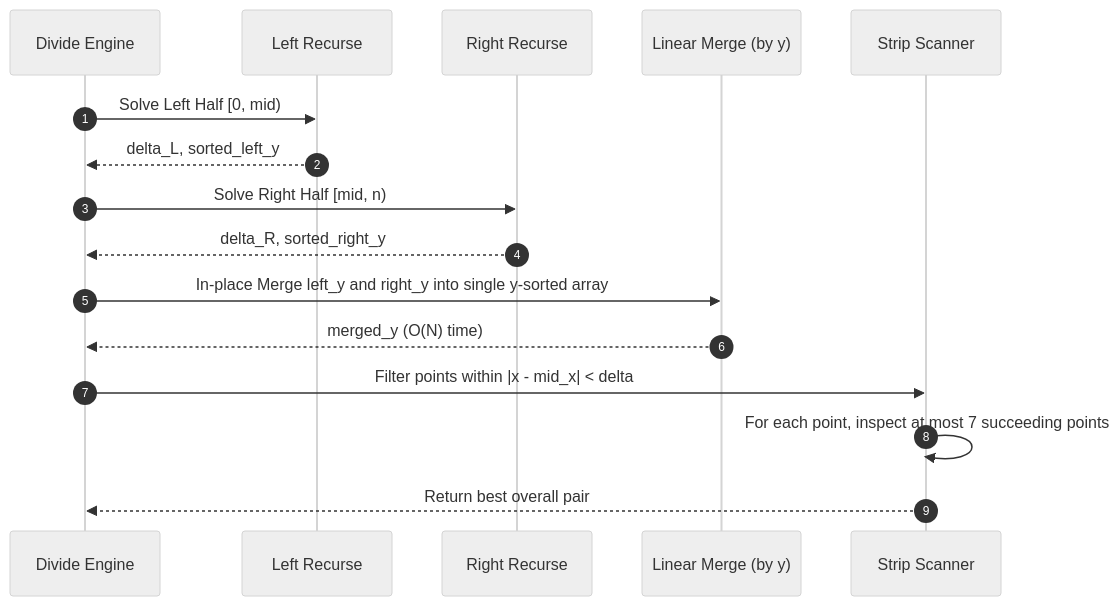
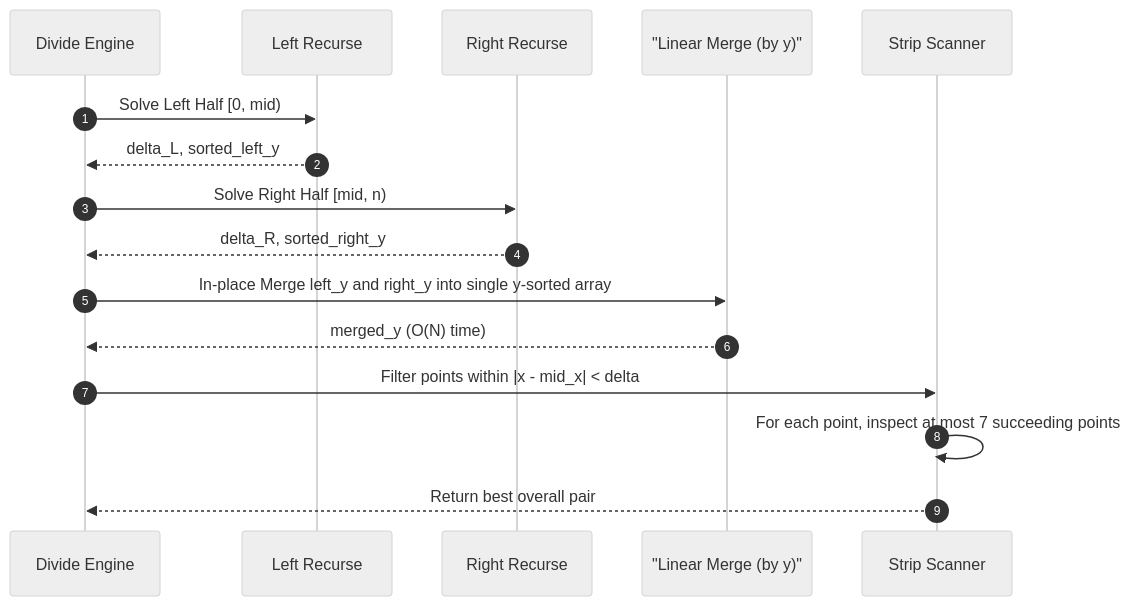
The third of 3 diagrams in docs/13-geometric-and-spatial-algorithms/closest-pair-of-points.md (nijuna/awesome-dsa), drawn with Mermaid (neutral theme) before and after one commit. The commit also changed 30 other files, not shown here.

Commit message:
refactor(docs): sanitize LaTeX environments, format diagrams, and resolve cross-references

````diff
--- a/docs/13-geometric-and-spatial-algorithms/closest-pair-of-points.md
+++ b/docs/13-geometric-and-spatial-algorithms/closest-pair-of-points.md
@@ -100,19 +100,19 @@
 ```mermaid
 sequenceDiagram
     autonumber
     participant D as Divide Engine
     participant L as Left Recurse
     participant R as Right Recurse
-    participant M as Linear Merge (by y)
+    participant M as "Linear Merge (by y)"
     participant S as Strip Scanner
 
     D->>L: Solve Left Half [0, mid)
     L-->>D: delta_L, sorted_left_y
     D->>R: Solve Right Half [mid, n)
     R-->>D: delta_R, sorted_right_y
     D->>M: In-place Merge left_y and right_y into single y-sorted array
     M-->>D: merged_y (O(N) time)
     D->>S: Filter points within |x - mid_x| < delta
     S->>S: For each point, inspect at most 7 succeeding points
     S-->>D: Return best overall pair
 ```
````
